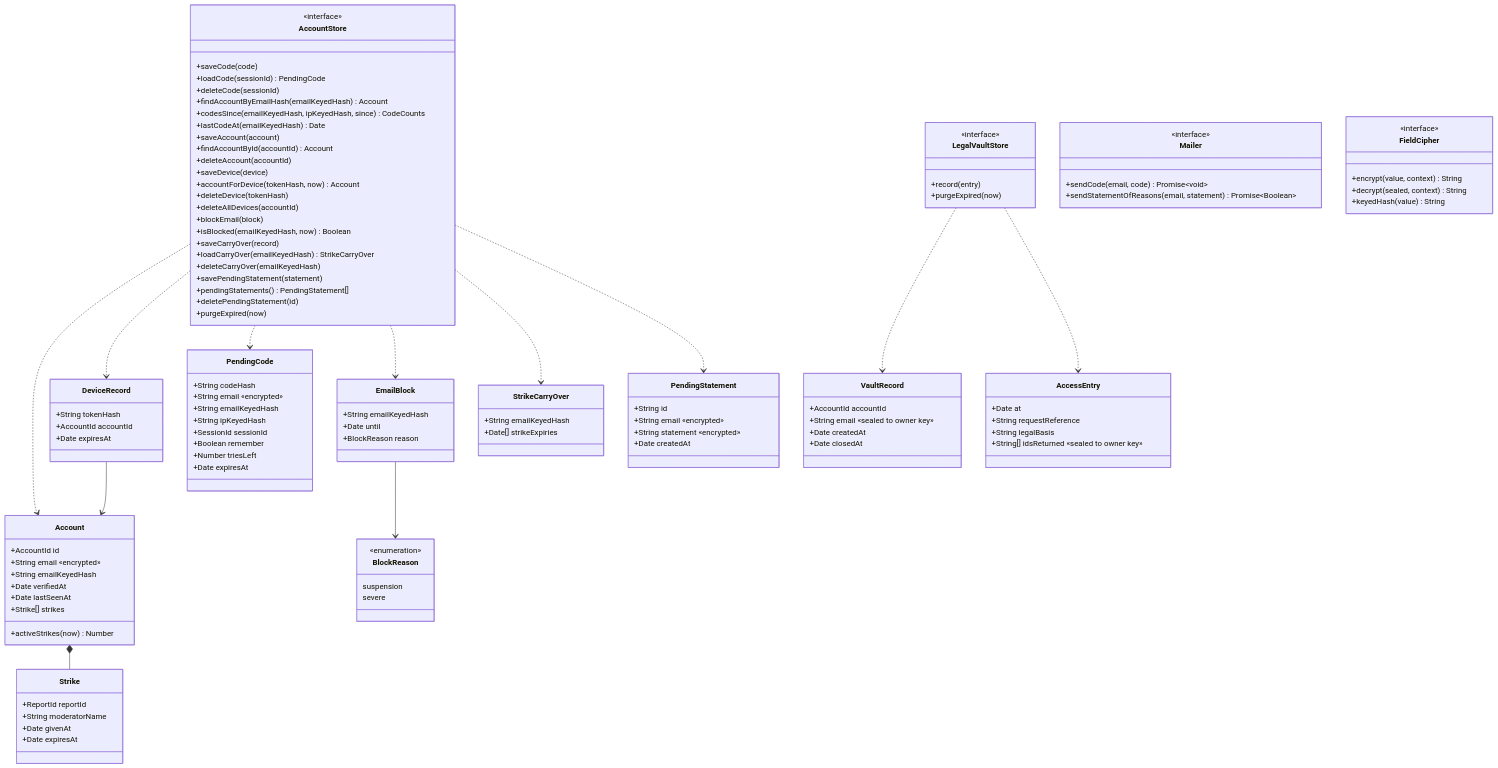
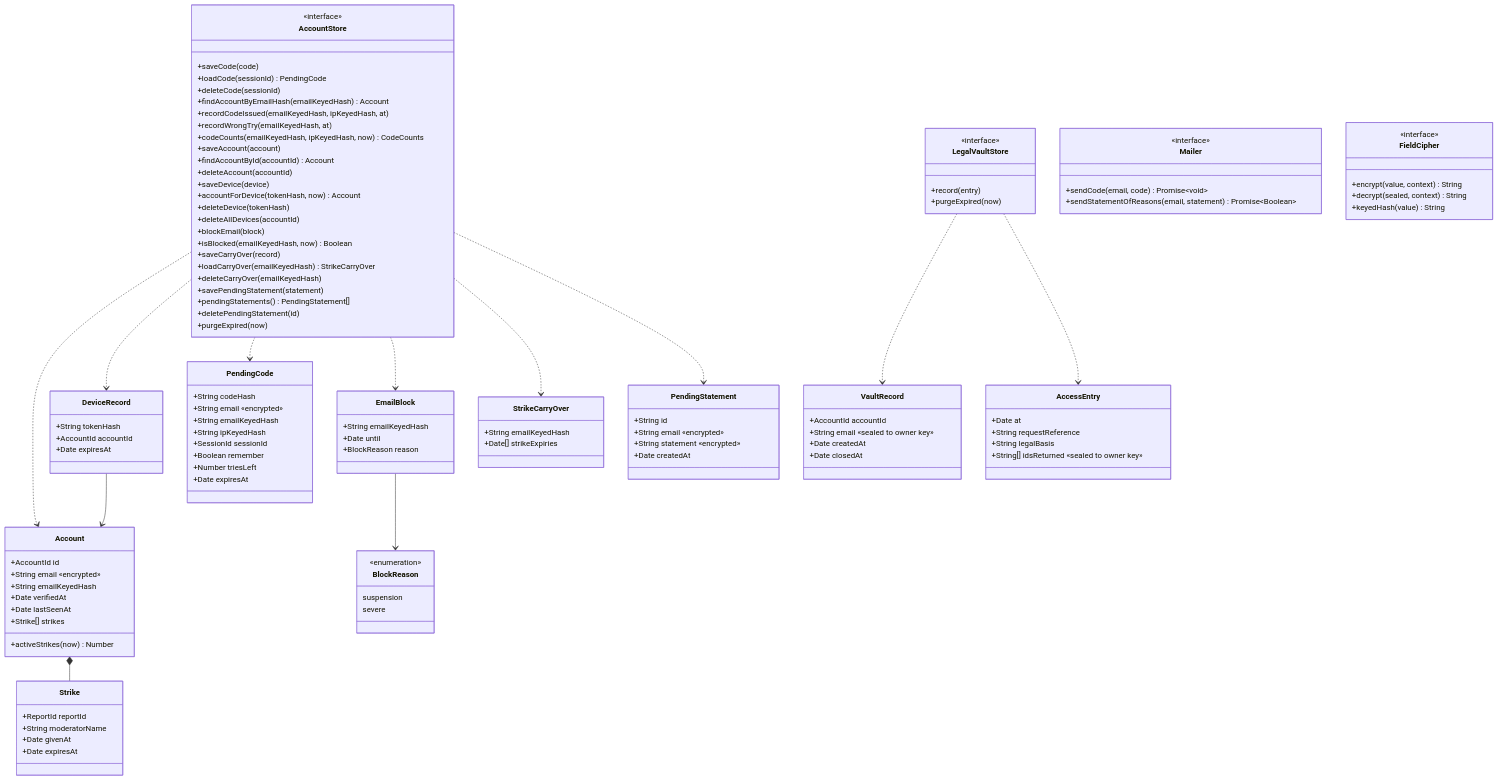
One commit to benoit-bremaud/asv changed the diagram in docs/architecture/diagrams/accounts/04-class.md. Above: the diagram before and after it, drawn with Mermaid. The commit also changed other lines of this file and 48 other files, not shown here.

```diff
--- a/docs/architecture/diagrams/accounts/04-class.md
+++ b/docs/architecture/diagrams/accounts/04-class.md
@@ -69,8 +69,9 @@
     +loadCode(sessionId) PendingCode
     +deleteCode(sessionId)
     +findAccountByEmailHash(emailKeyedHash) Account
-    +codesSince(emailKeyedHash, ipKeyedHash, since) CodeCounts
-    +lastCodeAt(emailKeyedHash) Date
+    +recordCodeIssued(emailKeyedHash, ipKeyedHash, at)
+    +recordWrongTry(emailKeyedHash, at)
+    +codeCounts(emailKeyedHash, ipKeyedHash, now) CodeCounts
     +saveAccount(account)
     +findAccountById(accountId) Account
     +deleteAccount(accountId)
```
